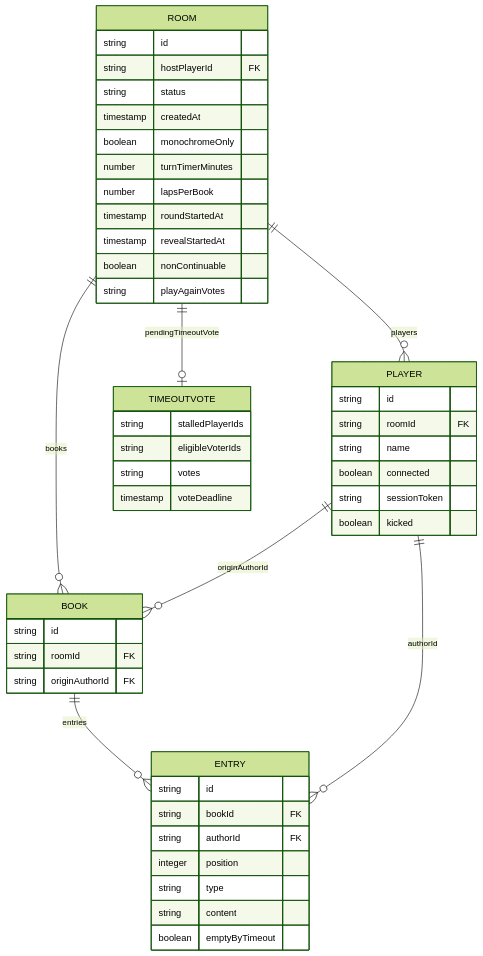
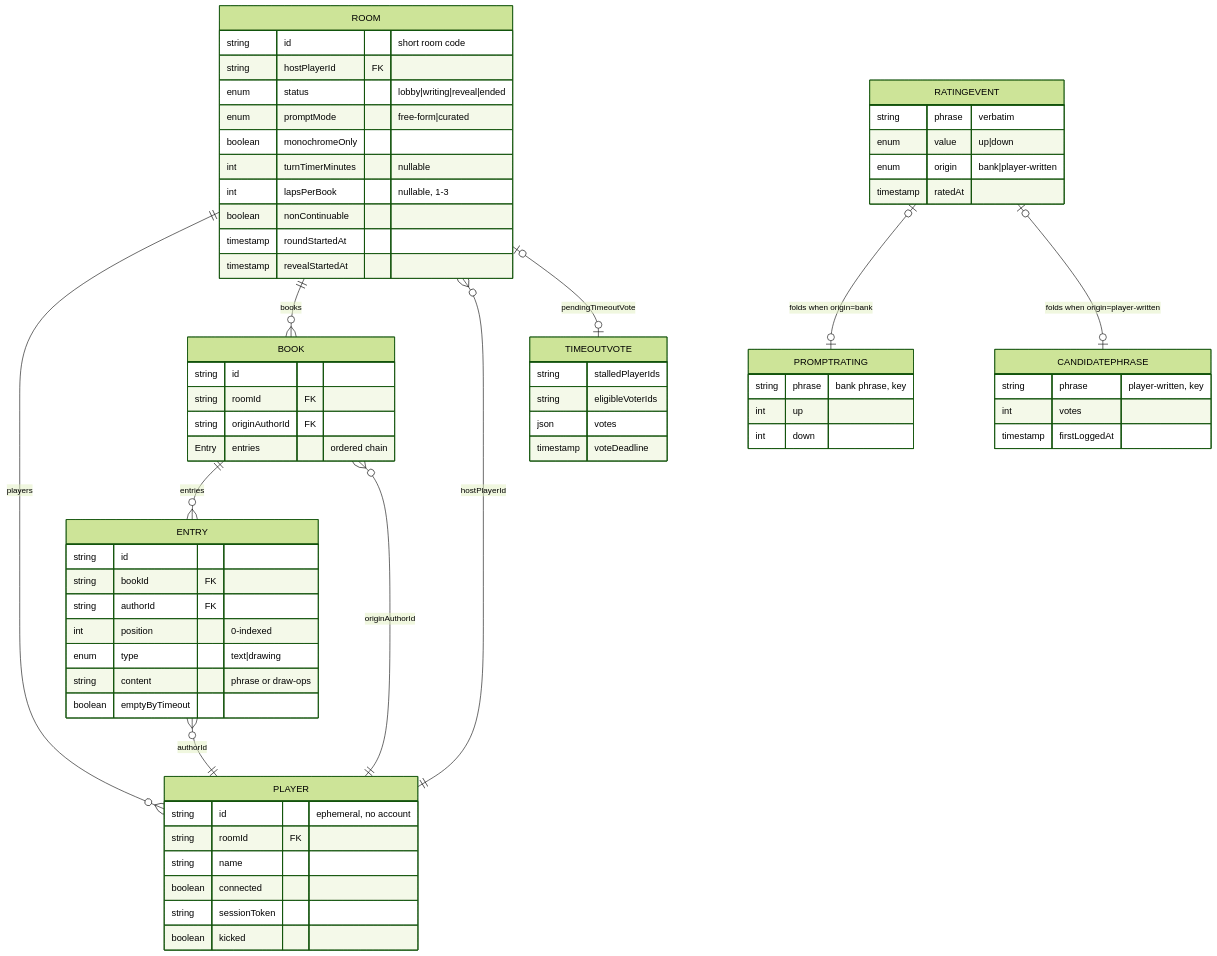
Before and after one commit to moui72/exquisite-telephone: the diagram in README.md, drawn with Mermaid (forest theme). The commit also changed other lines of this file and 3 other files, not shown here.

First line of the commit message:
docs: regenerate datamodel, infrastructure, and ui diagrams

````diff
--- a/README.md
+++ b/README.md
@@ -9,51 +9,70 @@
 ```mermaid
 erDiagram
     ROOM ||--o{ PLAYER : "players"
     ROOM ||--o{ BOOK : "books"
-    ROOM ||--o| TIMEOUTVOTE : "pendingTimeoutVote"
-    PLAYER ||--o{ BOOK : "originAuthorId"
+    ROOM }o--|| PLAYER : "hostPlayerId"
+    ROOM |o--o| TIMEOUTVOTE : "pendingTimeoutVote"
     BOOK ||--o{ ENTRY : "entries"
-    PLAYER ||--o{ ENTRY : "authorId"
+    BOOK }o--|| PLAYER : "originAuthorId"
+    ENTRY }o--|| PLAYER : "authorId"
+    RATINGEVENT |o--o| PROMPTRATING : "folds when origin=bank"
+    RATINGEVENT |o--o| CANDIDATEPHRASE : "folds when origin=player-written"
 
     ROOM {
-        string id
+        string id "short room code"
         string hostPlayerId FK
-        string status
-        timestamp createdAt
+        enum status "lobby|writing|reveal|ended"
+        enum promptMode "free-form|curated"
         boolean monochromeOnly
-        number turnTimerMinutes
-        number lapsPerBook
+        int turnTimerMinutes "nullable"
+        int lapsPerBook "nullable, 1-3"
+        boolean nonContinuable
         timestamp roundStartedAt
         timestamp revealStartedAt
-        boolean nonContinuable
-        string playAgainVotes
     }
     PLAYER {
-        string id
+        string id "ephemeral, no account"
         string roomId FK
         string name
         boolean connected
         string sessionToken
         boolean kicked
     }
     BOOK {
         string id
         string roomId FK
         string originAuthorId FK
+        Entry entries "ordered chain"
     }
     ENTRY {
         string id
         string bookId FK
         string authorId FK
-        integer position
-        string type
-        string content
+        int position "0-indexed"
+        enum type "text|drawing"
+        string content "phrase or draw-ops"
         boolean emptyByTimeout
     }
     TIMEOUTVOTE {
         string stalledPlayerIds
         string eligibleVoterIds
-        string votes
+        json votes
         timestamp voteDeadline
     }
+    RATINGEVENT {
+        string phrase "verbatim"
+        enum value "up|down"
+        enum origin "bank|player-written"
+        timestamp ratedAt
+    }
+    PROMPTRATING {
+        string phrase "bank phrase, key"
+        int up
+        int down
+    }
+    CANDIDATEPHRASE {
+        string phrase "player-written, key"
+        int votes
+        timestamp firstLoggedAt
+    }
 ```
````
